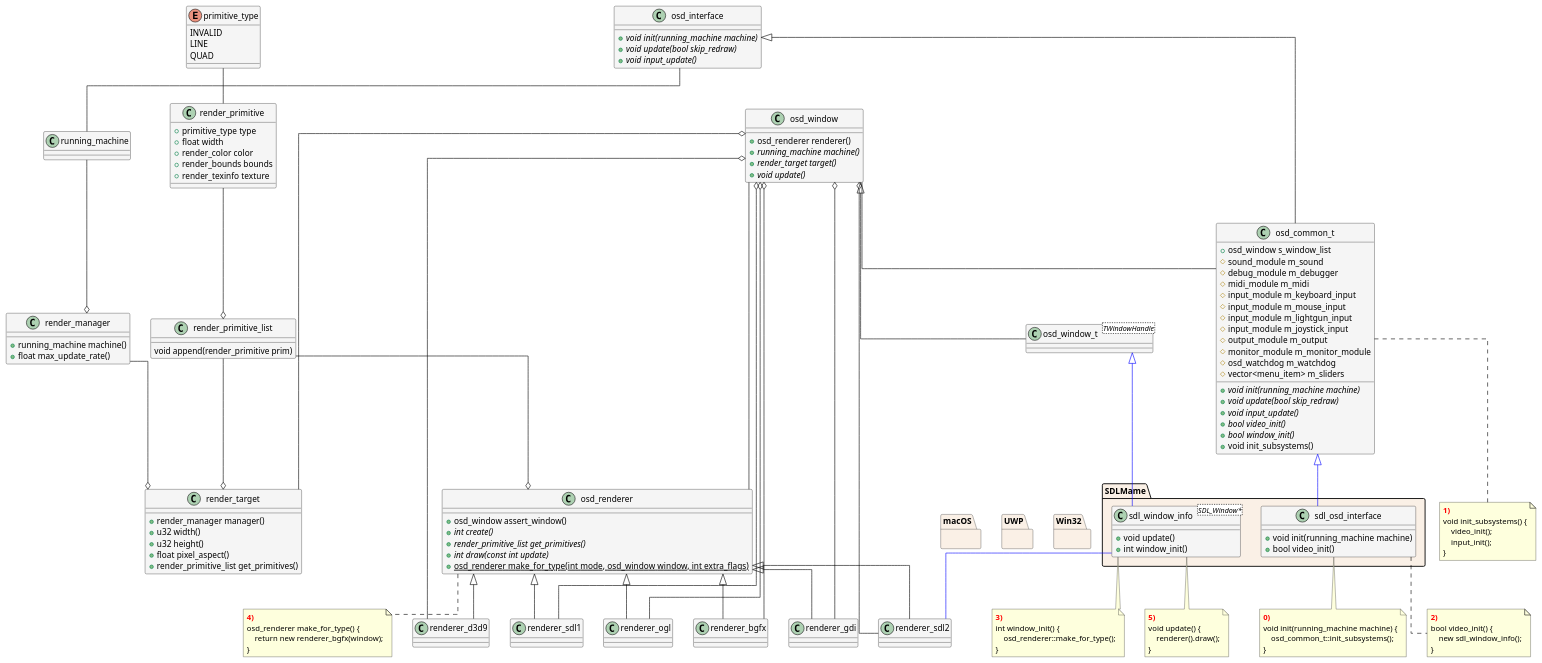
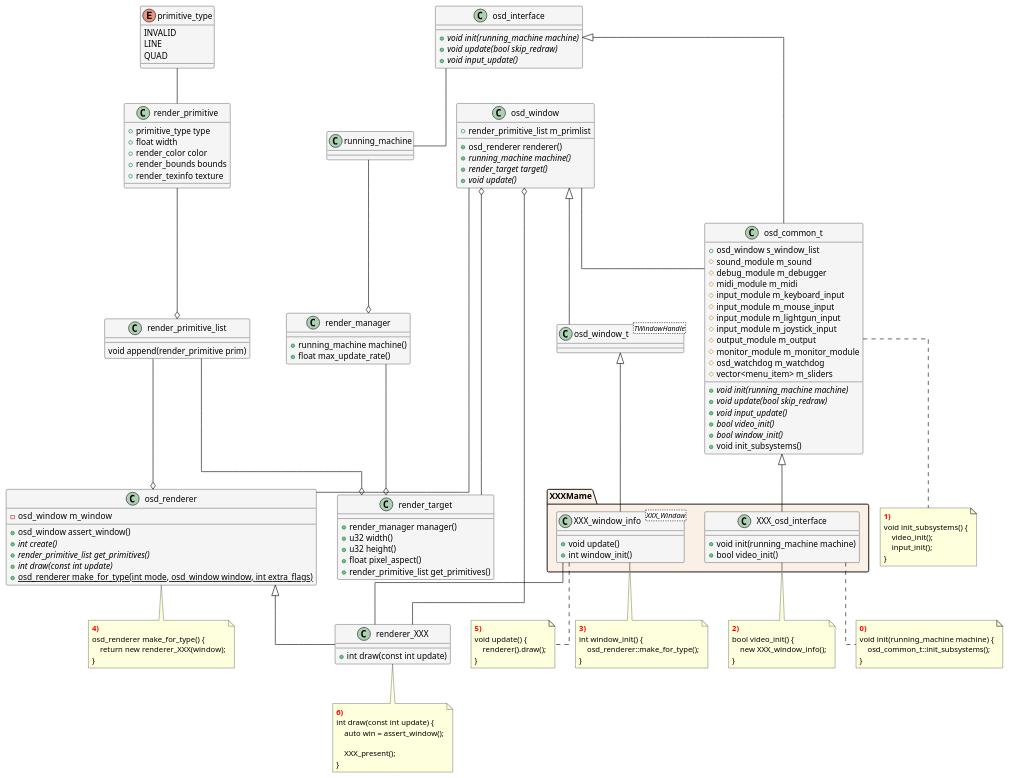
The diagram in Streaming/mame.puml (mikymaione/MAMEStreamingPlatform), drawn with PlantUML before and after one commit.

```diff
--- a/Streaming/mame.puml
+++ b/Streaming/mame.puml
@@ -32,6 +32,7 @@
 running_machine --o render_manager
 
 class osd_renderer {
+    -osd_window  m_window
     +osd_window assert_window()
     {abstract} +int create()
     {abstract} +render_primitive_list get_primitives()
@@ -42,7 +43,7 @@
 note as note_osd_renderer_make_for_type
 <b><color:Red>4)</color></b>
 osd_renderer make_for_type() {
-    return new renderer_bgfx(window);
+    return new renderer_XXX(window);
 }
 end note
 
@@ -64,37 +65,31 @@
     void append(render_primitive prim)
 }
 
-together {
-    class renderer_ogl extends osd_renderer
-    class renderer_bgfx extends osd_renderer
-    class renderer_gdi extends osd_renderer
-    class renderer_d3d9 extends osd_renderer
-    class renderer_sdl1 extends osd_renderer
-    class renderer_sdl2 extends osd_renderer
+class renderer_XXX extends osd_renderer {
+    +int draw(const int update)
 }
 
-osd_window o-- renderer_ogl
-osd_window o-- renderer_bgfx
-osd_window o-- renderer_gdi
-osd_window o-- renderer_d3d9
-osd_window o-- renderer_sdl1
-osd_window o-- renderer_sdl2
+note as note_renderer_XXX
+<b><color:Red>6)</color></b>
+int draw(const int update) {
+    auto win = assert_window();
 
+    XXX_present();
+}
+end note
+
+renderer_XXX .. note_renderer_XXX
+
+osd_window o-- renderer_XXX
 osd_window o-- render_target
 osd_window -- osd_renderer
 
 class osd_window_t<TWindowHandle> extends osd_window
 
-together {
-    package Win32 {}
-    package UWP {}
-    package macOS {}
-    package SDLMame {}
-}
-
-SDLMame::sdl_window_info -[#blue]- renderer_sdl2
+XXXMame::XXX_window_info -- renderer_XXX
 
 class osd_window {    
+    +render_primitive_list m_primlist
     +osd_renderer renderer()
     {abstract} +running_machine machine()
     {abstract} +render_target target()
@@ -113,43 +108,43 @@
     +render_primitive_list get_primitives()
 }
 
-class SDLMame::sdl_window_info<SDL_Window*> {
+class XXXMame::XXX_window_info<XXX_Window> {
     +void update()
     +int window_init()
 }
 
-osd_window_t <|-[#blue]- SDLMame::sdl_window_info
-osd_common_t <|-[#blue]- SDLMame::sdl_osd_interface
+osd_window_t <|-- XXXMame::XXX_window_info
+osd_common_t <|-- XXXMame::XXX_osd_interface
 
-class SDLMame::sdl_osd_interface {
+class XXXMame::XXX_osd_interface {
     +void init(running_machine machine)
     +bool video_init()
 }
 
-note as note_5_sdl_window_info
+note as note_5_XXX_window_info
 <b><color:Red>5)</color></b>
 void update() {
     renderer().draw();
 }
 end note
 
-note as note_4_sdl_window_info
+note as note_4_XXX_window_info
 <b><color:Red>3)</color></b>
 int window_init() {
     osd_renderer::make_for_type();
 }
 end note
 
-note as note_2_sdl_osd_interface
+note as note_2_XXX_osd_interface
 <b><color:Red>2)</color></b>
 bool video_init() {
-    new sdl_window_info();
+    new XXX_window_info();
 }
 end note
 
-SDLMame::sdl_osd_interface .. note_2_sdl_osd_interface
-SDLMame::sdl_window_info .. note_4_sdl_window_info
-SDLMame::sdl_window_info .. note_5_sdl_window_info
+XXXMame::XXX_osd_interface .. note_2_XXX_osd_interface
+XXXMame::XXX_window_info .. note_4_XXX_window_info
+XXXMame::XXX_window_info .. note_5_XXX_window_info
 
 osd_window -- osd_common_t
 
@@ -194,13 +189,13 @@
 
 osd_common_t .. note_osd_common_t_init_subsystems
 
-note as note_sdl_osd_interface_init
+note as note_XXX_osd_interface_init
 <b><color:Red>0)</color></b>
 void init(running_machine machine) {
     osd_common_t::init_subsystems();
 }
 end note
 
-SDLMame::sdl_osd_interface .. note_sdl_osd_interface_init
+XXXMame::XXX_osd_interface .. note_XXX_osd_interface_init
 
 @enduml
```
